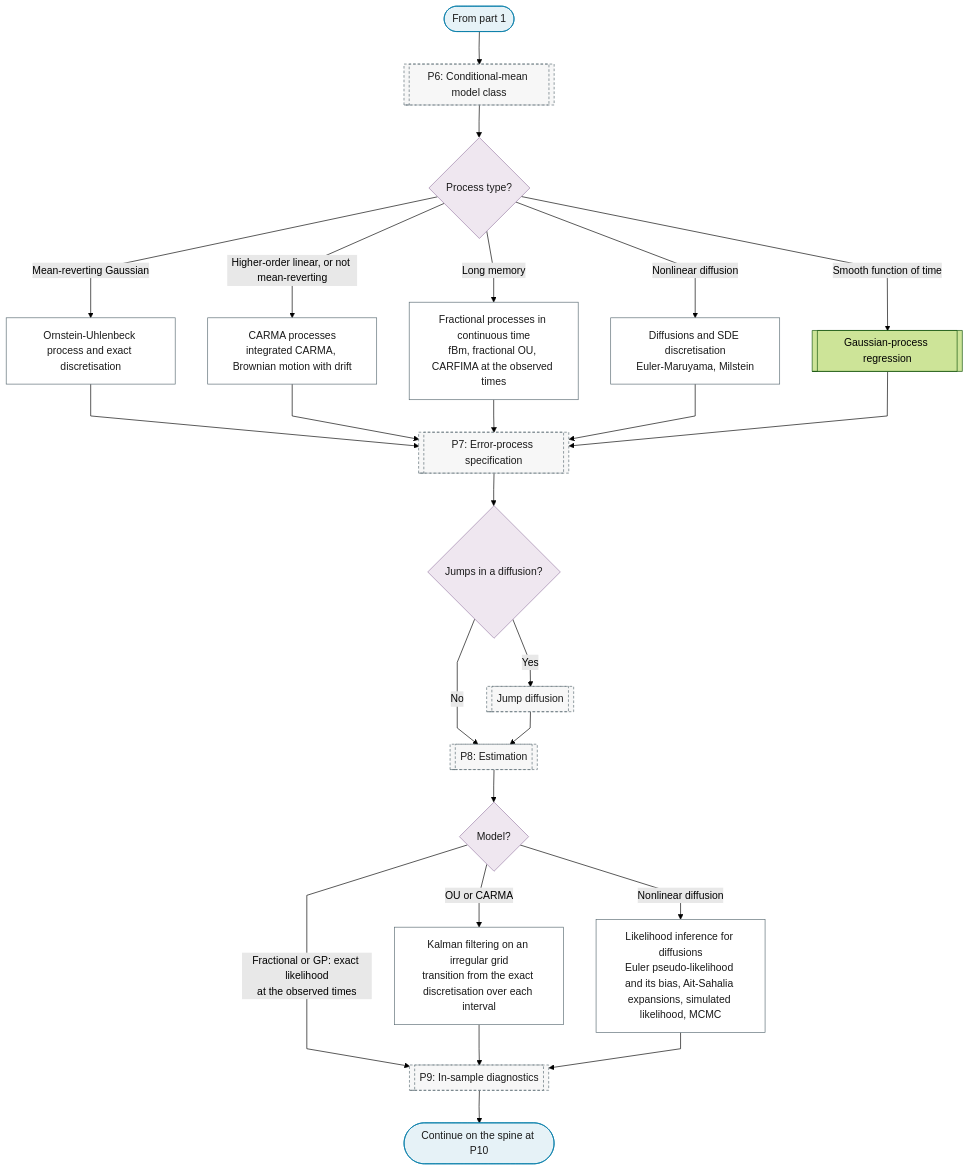
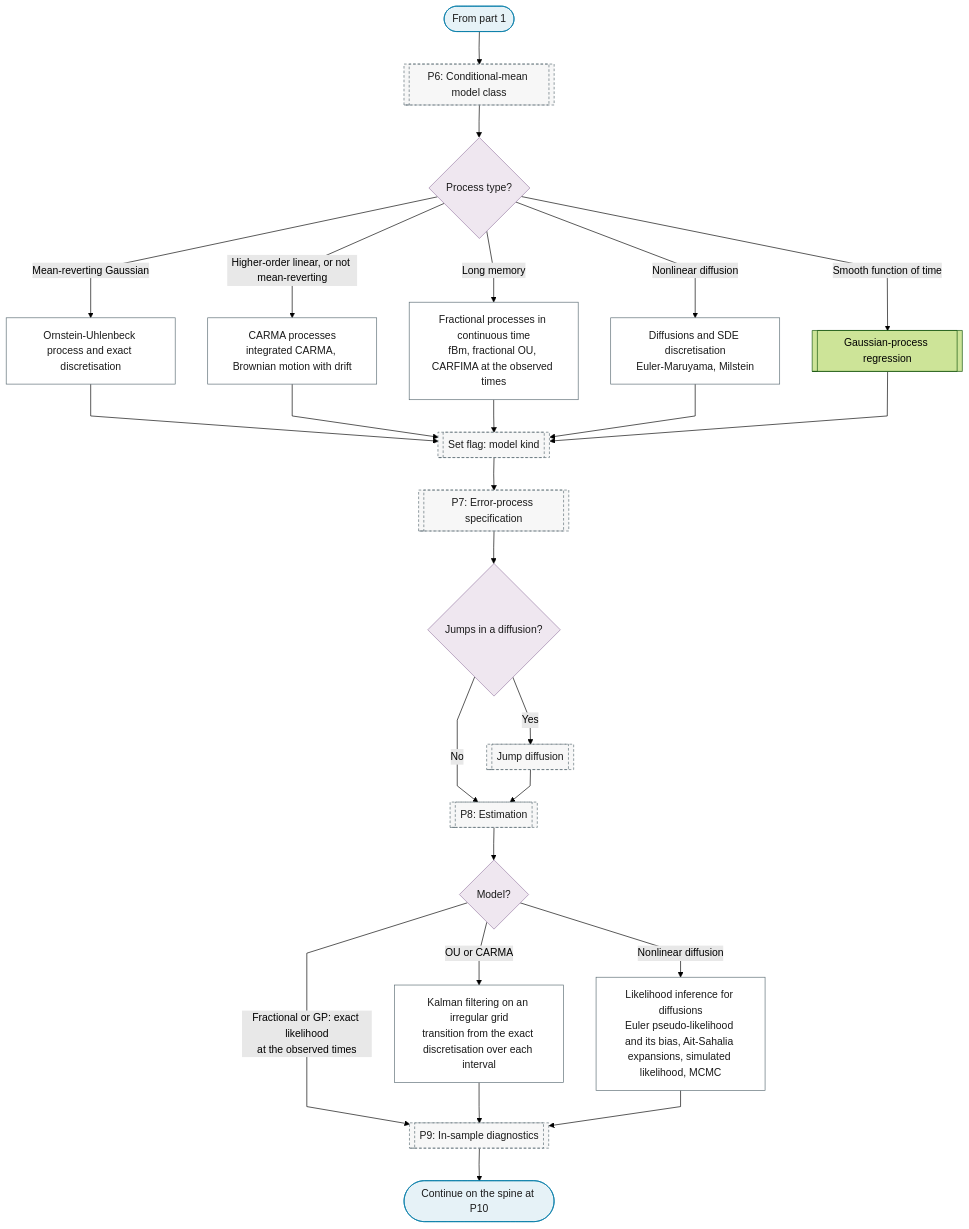
Before and after one commit to Shuxin-Y/time-series-analysis-manual: the second of 2 diagrams in docs/reference/15-continuous-time/index.md, drawn with Mermaid (forest theme). The commit also changed other lines of this file and 17 other files, not shown here.

First line of the commit message:
fix(charts): round-3 review fixes to seasonality, thresholds and branch flags

````diff
--- a/docs/reference/15-continuous-time/index.md
+++ b/docs/reference/15-continuous-time/index.md
@@ -45,34 +48,36 @@
 ```mermaid
 %%{init: {"flowchart": {"curve": "linear"}}}%%
 graph TD
     B3_PART_2_IN(["From part 1"]) --> P6[["P6: Conditional-mean model class"]]
     P6 --> B3_PROCESS{"Process type?"}
     B3_PROCESS -->|"Mean-reverting Gaussian"| B3_OU["Ornstein-Uhlenbeck process and exact discretisation"]
     B3_PROCESS -->|"Higher-order linear, or not mean-reverting"| B3_CARMA["CARMA processes<br/>integrated CARMA, Brownian motion with drift"]
     B3_PROCESS -->|"Long memory"| B3_FBM["Fractional processes in continuous time<br/>fBm, fractional OU, CARFIMA at the observed times"]
     B3_PROCESS -->|"Nonlinear diffusion"| B3_SDE["Diffusions and SDE discretisation<br/>Euler-Maruyama, Milstein"]
     B3_PROCESS -->|"Smooth function of time"| P6_GAUSSIAN_PROCESS[["Gaussian-process regression"]]
-    B3_OU & B3_CARMA & B3_FBM & B3_SDE & P6_GAUSSIAN_PROCESS --> P7[["P7: Error-process specification"]]
+    B3_OU & B3_CARMA & B3_FBM & B3_SDE & P6_GAUSSIAN_PROCESS --> P6_KIND_FLAG[["Set flag: model kind"]]
+    P6_KIND_FLAG --> P7[["P7: Error-process specification"]]
+    class P6_KIND_FLAG ref
     P7 --> B3_JUMPS{"Jumps in a diffusion?"}
     B3_JUMPS -->|"Yes"| P7_JUMPS[["Jump diffusion"]]
     B3_JUMPS -->|"No"| P8
     P7_JUMPS --> P8[["P8: Estimation"]]
     P8 --> B3_ESTIMATOR{"Model?"}
     B3_ESTIMATOR -->|"OU or CARMA"| B3_IRREGULAR_KALMAN["Kalman filtering on an irregular grid<br/>transition from the exact discretisation over each interval"]
     B3_ESTIMATOR -->|"Fractional or GP: exact likelihood<br/>at the observed times"| P9
     B3_ESTIMATOR -->|"Nonlinear diffusion"| B3_SDE_INFERENCE["Likelihood inference for diffusions<br/>Euler pseudo-likelihood and its bias, Ait-Sahalia expansions, simulated likelihood, MCMC"]
     B3_IRREGULAR_KALMAN & B3_SDE_INFERENCE --> P9[["P9: In-sample diagnostics"]]
     P9 --> B3_OUT(["Continue on the spine at P10"])
     class B3_PART_2_IN,B3_OUT terminator
     class B3_PROCESS,B3_JUMPS,B3_ESTIMATOR decision
     class B3_OU,B3_CARMA,B3_FBM,B3_SDE,B3_IRREGULAR_KALMAN,B3_SDE_INFERENCE process
     class P6,P7,P7_JUMPS,P8,P9 ref
     classDef terminator fill:#E6F2F7,stroke:#007BA7,color:#1A1A1A;
     classDef process fill:#FFFFFF,stroke:#5A6B73,color:#1A1A1A;
     classDef decision fill:#EFE7F0,stroke:#9B7FA7,color:#1A1A1A;
     classDef data fill:#FFF4E0,stroke:#C9A55E,color:#1A1A1A;
     classDef good fill:#DCEFD8,stroke:#4A7A3F,color:#1A1A1A;
     classDef escalate fill:#FFE9C2,stroke:#C9A55E,color:#1A1A1A;
     classDef problem fill:#F2D9DE,stroke:#800020,color:#1A1A1A;
     classDef ref fill:#F7F7F7,stroke:#5A6B73,color:#1A1A1A,stroke-dasharray:4 3;
 ```
````
